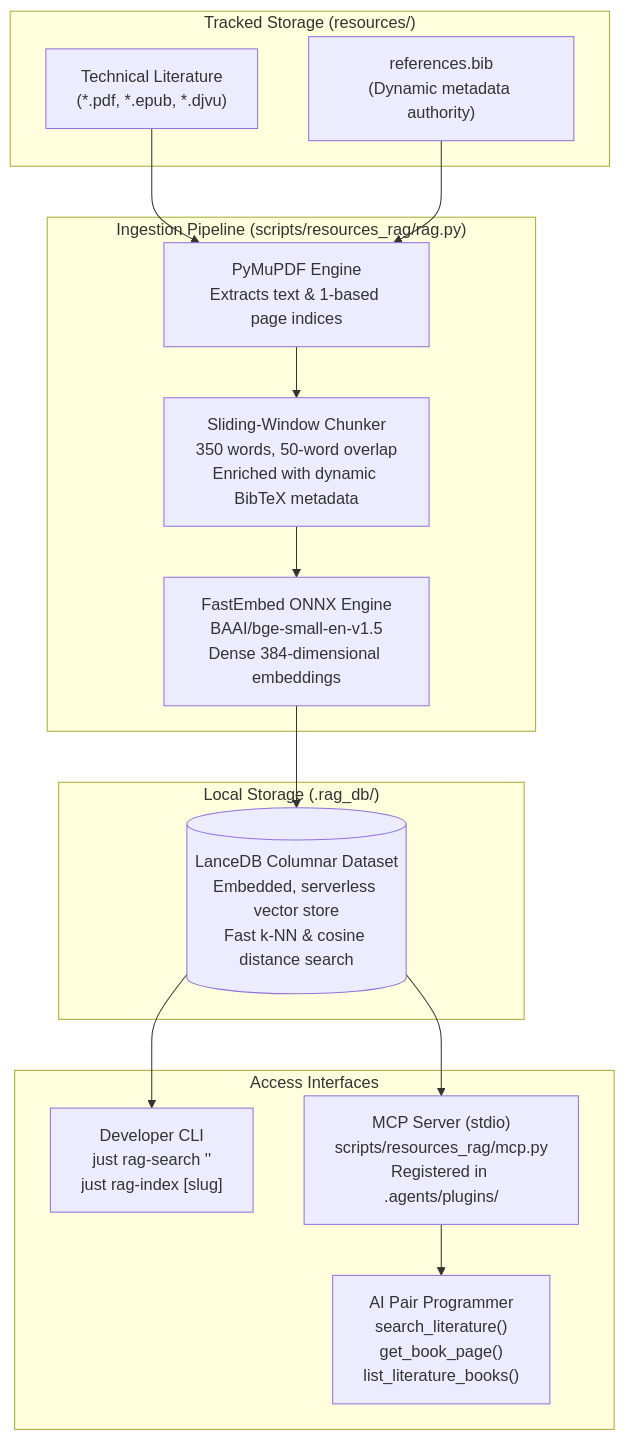
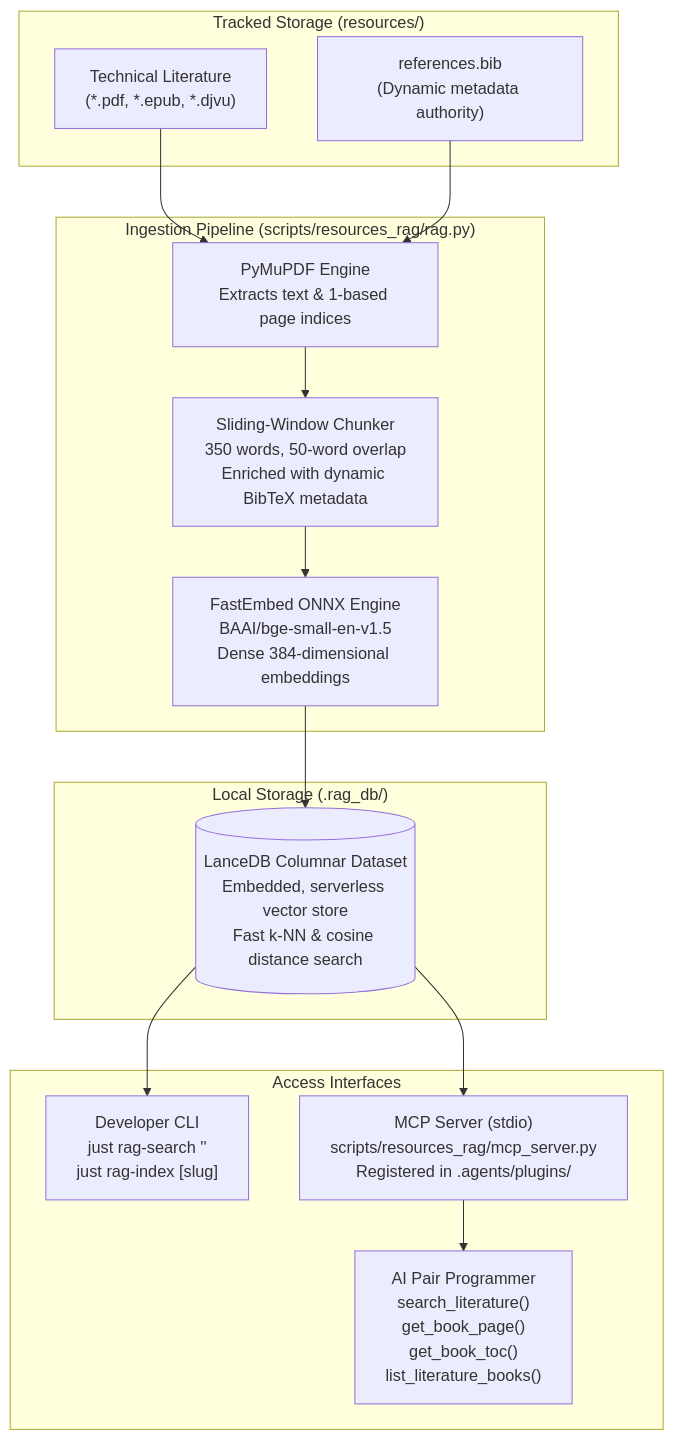
One commit to bwrob/trash-gather changed the diagram in resources/README.md. Above: the diagram before and after it, drawn with Mermaid. The commit also changed other lines of this file and 5 other files, not shown here.

Commit message:
feat(rag): add hierarchical TOC breadcrumbs, column-aware reading order, C code fence tagging, and get_book_toc tool

````diff
--- a/resources/README.md
+++ b/resources/README.md
@@ -17,27 +17,27 @@
 ```mermaid
 flowchart TD
     subgraph Storage ["Tracked Storage (resources/)"]
         DOCS["Technical Literature\n(*.pdf, *.epub, *.djvu)"]
         BIB["references.bib\n(Dynamic metadata authority)"]
     end
 
     subgraph Ingestion ["Ingestion Pipeline (scripts/resources_rag/rag.py)"]
         PARSER["PyMuPDF Engine\nExtracts text & 1-based page indices"]
         CHUNKER["Sliding-Window Chunker\n350 words, 50-word overlap\nEnriched with dynamic BibTeX metadata"]
         EMBED["FastEmbed ONNX Engine\nBAAI/bge-small-en-v1.5\nDense 384-dimensional embeddings"]
     end
 
     subgraph VectorStore ["Local Storage (.rag_db/)"]
         LANCE[("LanceDB Columnar Dataset\nEmbedded, serverless vector store\nFast k-NN & cosine distance search")]
     end
 
     subgraph Interfaces ["Access Interfaces"]
         CLI["Developer CLI\njust rag-search '<query>'\njust rag-index [slug]"]
-        MCP["MCP Server (stdio)\nscripts/resources_rag/mcp.py\nRegistered in .agents/plugins/"]
-        AGENT["AI Pair Programmer\nsearch_literature()\nget_book_page()\nlist_literature_books()"]
+        MCP["MCP Server (stdio)\nscripts/resources_rag/mcp_server.py\nRegistered in .agents/plugins/"]
+        AGENT["AI Pair Programmer\nsearch_literature()\nget_book_page()\nget_book_toc()\nlist_literature_books()"]
     end
 
     DOCS & BIB --> PARSER --> CHUNKER --> EMBED --> LANCE
     LANCE --> CLI
     LANCE --> MCP --> AGENT
 ```
````
